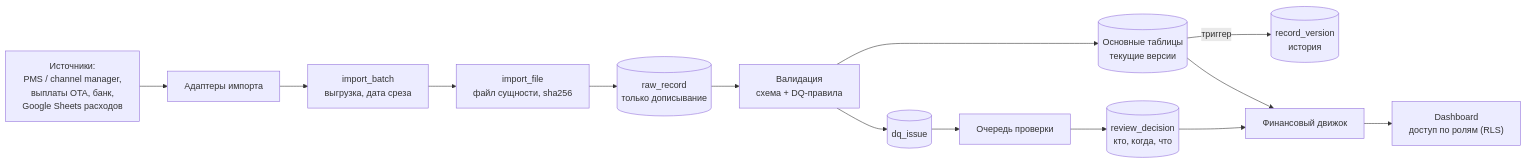
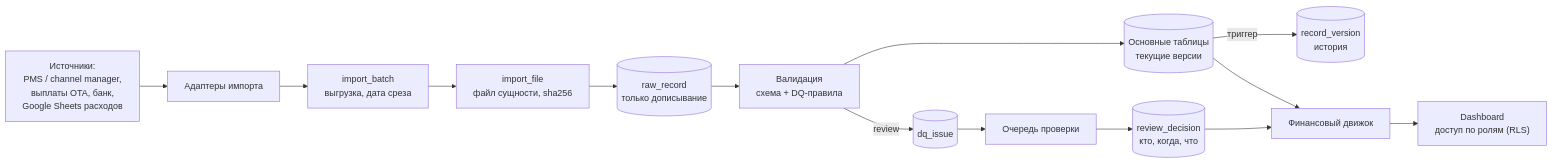
The second of 2 diagrams in docs/PLAN.md (ProjectINT/business-system), drawn with Mermaid before and after one commit. The commit also changed other lines of this file and 1 other file, not shown here.

````diff
--- a/docs/PLAN.md
+++ b/docs/PLAN.md
@@ -74,16 +74,16 @@
 ```mermaid
 flowchart LR
   SRC["Источники:<br/>PMS / channel manager,<br/>выплаты OTA, банк,<br/>Google Sheets расходов"] --> AD["Адаптеры импорта"]
   AD --> B["import_batch<br/>выгрузка, дата среза"]
   B --> F["import_file<br/>файл сущности, sha256"]
   F --> RAW[("raw_record<br/>только дописывание")]
   RAW --> VAL["Валидация<br/>схема + DQ-правила"]
   VAL --> CORE[("Основные таблицы<br/>текущие версии")]
   CORE -->|"триггер"| HIST[("record_version<br/>история")]
-  VAL --> ISS[("dq_issue")]
+  VAL -->|"review"| ISS[("dq_issue")]
   ISS --> REV["Очередь проверки"]
   REV --> DEC[("review_decision<br/>кто, когда, что")]
   CORE --> CALC["Финансовый движок"]
   DEC --> CALC
   CALC --> DASH["Dashboard<br/>доступ по ролям (RLS)"]
 ```
````
